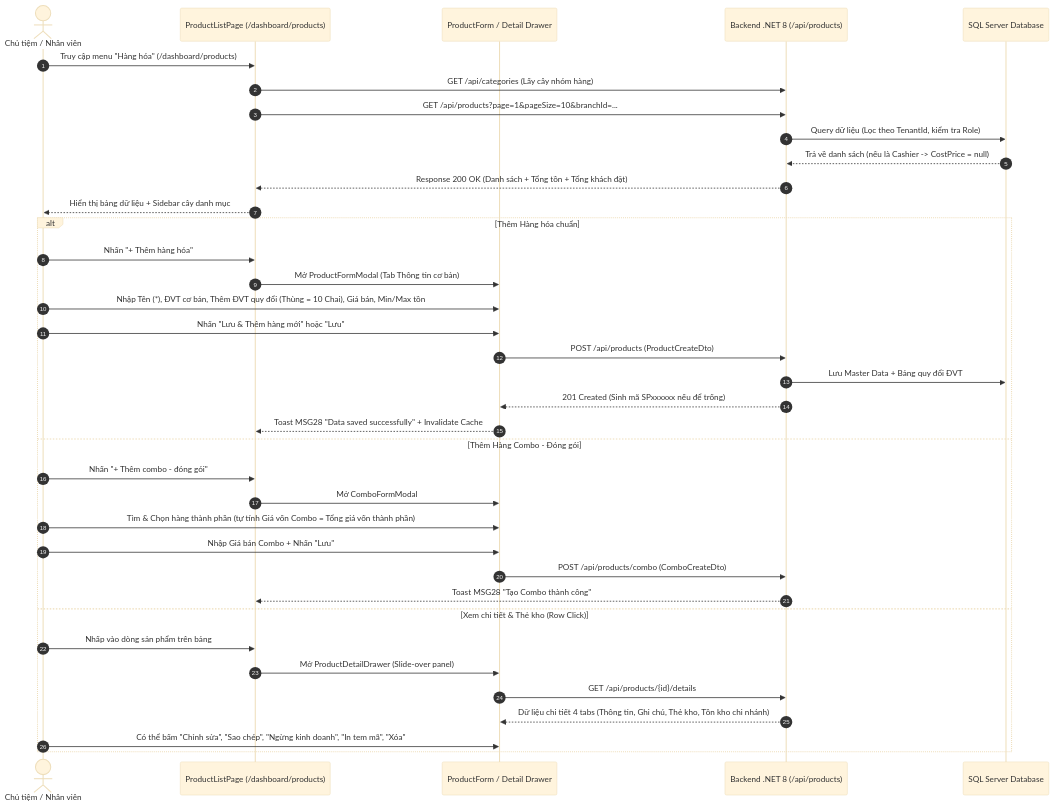
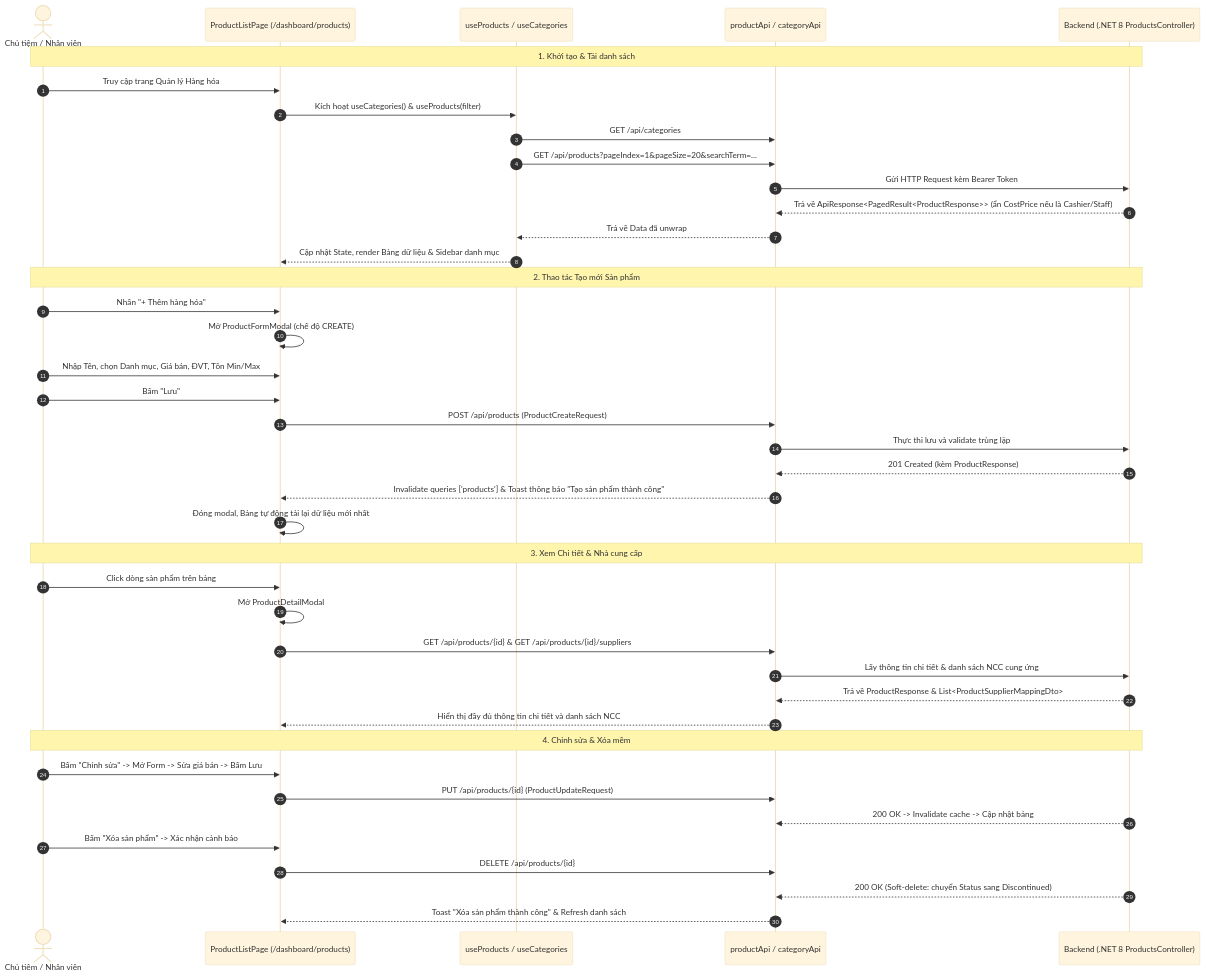
Before and after one commit to SEP490-G84-MTGRMS/ai-team-kit: the diagram in team-ai-knowledge/openspec/changes/product-management-ui/design-brief.md, drawn with Mermaid (base theme). The commit also changed other lines of this file and 1 other file, not shown here.

Commit message:
sep(product-management-ui): update design-brief.md

````diff
--- a/team-ai-knowledge/openspec/changes/product-management-ui/design-brief.md
+++ b/team-ai-knowledge/openspec/changes/product-management-ui/design-brief.md
@@ -6,41 +6,47 @@
 ```mermaid
 sequenceDiagram
     autonumber
     actor User as Chủ tiệm / Nhân viên
     participant UI as ProductListPage (/dashboard/products)
-    participant Modal as ProductForm / Detail Drawer
-    participant API as Backend .NET 8 (/api/products)
-    participant DB as SQL Server Database
+    participant Hook as useProducts / useCategories
+    participant API as productApi / categoryApi
+    participant BE as Backend (.NET 8 ProductsController)
 
-    User->>UI: Truy cập menu "Hàng hóa" (/dashboard/products)
-    UI->>API: GET /api/categories (Lấy cây nhóm hàng)
-    UI->>API: GET /api/products?page=1&pageSize=10&branchId=...
-    API->>DB: Query dữ liệu (Lọc theo TenantId, kiểm tra Role)
-    DB-->>API: Trả về danh sách (nếu là Cashier -> CostPrice = null)
-    API-->>UI: Response 200 OK (Danh sách + Tổng tồn + Tổng khách đặt)
-    UI-->>User: Hiển thị bảng dữ liệu + Sidebar cây danh mục
+    Note over User,BE: 1. Khởi tạo & Tải danh sách
+    User->>UI: Truy cập trang Quản lý Hàng hóa
+    UI->>Hook: Kích hoạt useCategories() & useProducts(filter)
+    Hook->>API: GET /api/categories
+    Hook->>API: GET /api/products?pageIndex=1&pageSize=20&searchTerm=...
+    API->>BE: Gửi HTTP Request kèm Bearer Token
+    BE-->>API: Trả về ApiResponse<PagedResult<ProductResponse>> (ẩn CostPrice nếu là Cashier/Staff)
+    API-->>Hook: Trả về Data đã unwrap
+    Hook-->>UI: Cập nhật State, render Bảng dữ liệu & Sidebar danh mục
 
-    alt Thêm Hàng hóa chuẩn
-        User->>UI: Nhấn "+ Thêm hàng hóa"
-        UI->>Modal: Mở ProductFormModal (Tab Thông tin cơ bản)
-        User->>Modal: Nhập Tên (*), ĐVT cơ bản, Thêm ĐVT quy đổi (Thùng = 10 Chai), Giá bán, Min/Max tồn
-        User->>Modal: Nhấn "Lưu & Thêm hàng mới" hoặc "Lưu"
-        Modal->>API: POST /api/products (ProductCreateDto)
-        API->>DB: Lưu Master Data + Bảng quy đổi ĐVT
-        API-->>Modal: 201 Created (Sinh mã SPxxxxxx nếu để trống)
-        Modal-->>UI: Toast MSG28 "Data saved successfully" + Invalidate Cache
-    else Thêm Hàng Combo - Đóng gói
-        User->>UI: Nhấn "+ Thêm combo - đóng gói"
-        UI->>Modal: Mở ComboFormModal
-        User->>Modal: Tìm & Chọn hàng thành phần (tự tính Giá vốn Combo = Tổng giá vốn thành phần)
-        User->>Modal: Nhập Giá bán Combo + Nhấn "Lưu"
-        Modal->>API: POST /api/products/combo (ComboCreateDto)
-        API-->>UI: Toast MSG28 "Tạo Combo thành công"
-    else Xem chi tiết & Thẻ kho (Row Click)
-        User->>UI: Nhấp vào dòng sản phẩm trên bảng
-        UI->>Modal: Mở ProductDetailDrawer (Slide-over panel)
-        Modal->>API: GET /api/products/{id}/details
-        API-->>Modal: Dữ liệu chi tiết 4 tabs (Thông tin, Ghi chú, Thẻ kho, Tồn kho chi nhánh)
-        User->>Modal: Có thể bấm "Chỉnh sửa", "Sao chép", "Ngừng kinh doanh", "In tem mã", "Xóa"
-    end
+    Note over User,BE: 2. Thao tác Tạo mới Sản phẩm
+    User->>UI: Nhấn "+ Thêm hàng hóa"
+    UI->>UI: Mở ProductFormModal (chế độ CREATE)
+    User->>UI: Nhập Tên, chọn Danh mục, Giá bán, ĐVT, Tồn Min/Max
+    User->>UI: Bấm "Lưu"
+    UI->>API: POST /api/products (ProductCreateRequest)
+    API->>BE: Thực thi lưu và validate trùng lặp
+    BE-->>API: 201 Created (kèm ProductResponse)
+    API-->>UI: Invalidate queries ['products'] & Toast thông báo "Tạo sản phẩm thành công"
+    UI->>UI: Đóng modal, Bảng tự động tải lại dữ liệu mới nhất
+
+    Note over User,BE: 3. Xem Chi tiết & Nhà cung cấp
+    User->>UI: Click dòng sản phẩm trên bảng
+    UI->>UI: Mở ProductDetailModal
+    UI->>API: GET /api/products/{id} & GET /api/products/{id}/suppliers
+    API->>BE: Lấy thông tin chi tiết & danh sách NCC cung ứng
+    BE-->>API: Trả về ProductResponse & List<ProductSupplierMappingDto>
+    API-->>UI: Hiển thị đầy đủ thông tin chi tiết và danh sách NCC
+
+    Note over User,BE: 4. Chỉnh sửa & Xóa mềm
+    User->>UI: Bấm "Chỉnh sửa" -> Mở Form -> Sửa giá bán -> Bấm Lưu
+    UI->>API: PUT /api/products/{id} (ProductUpdateRequest)
+    BE-->>API: 200 OK -> Invalidate cache -> Cập nhật bảng
+    User->>UI: Bấm "Xóa sản phẩm" -> Xác nhận cảnh báo
+    UI->>API: DELETE /api/products/{id}
+    BE-->>API: 200 OK (Soft-delete: chuyển Status sang Discontinued)
+    API-->>UI: Toast "Xóa sản phẩm thành công" & Refresh danh sách
 ```
````
